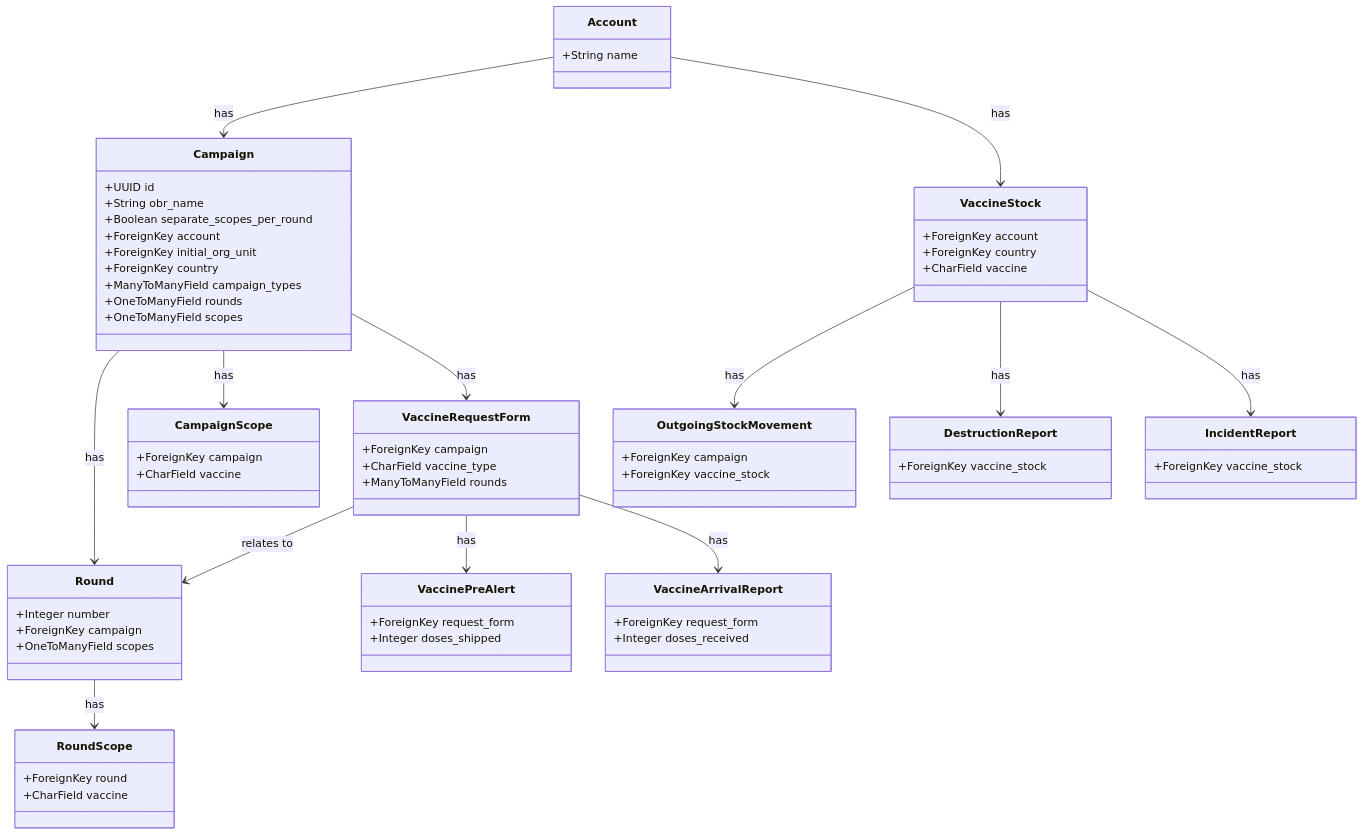
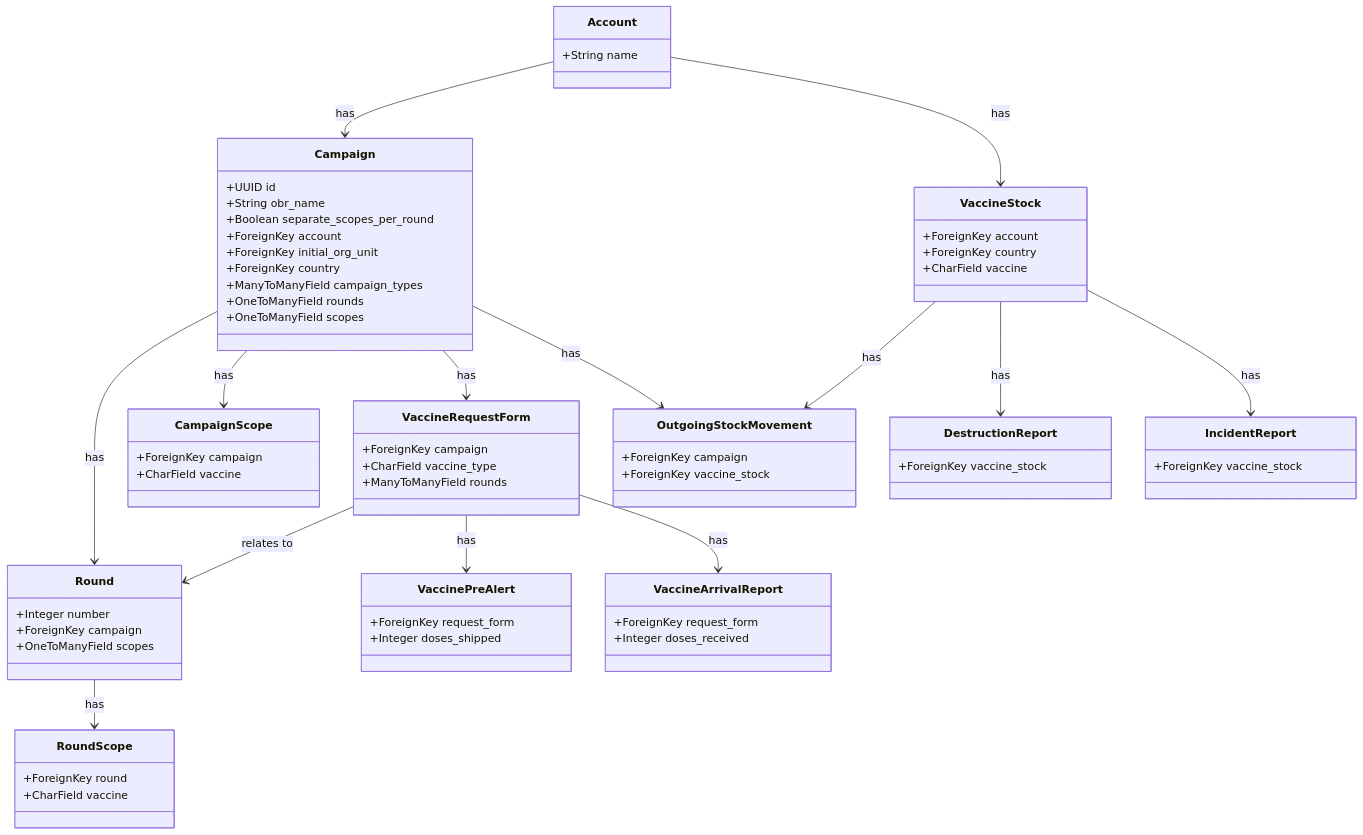
One commit to BLSQ/iaso changed the diagram in docs/pages/dev/reference/campaigns/vaccine_management.md. Above: the diagram before and after it, drawn with Mermaid.

Commit message:
IA-3431 Initial diagram

````diff
--- a/docs/pages/dev/reference/campaigns/vaccine_management.md
+++ b/docs/pages/dev/reference/campaigns/vaccine_management.md
@@ -5,81 +5,82 @@
 ```mermaid
 classDiagram
     class Account {
         +String name
     }
     class Campaign {
         +UUID id
         +String obr_name
         +Boolean separate_scopes_per_round
         +ForeignKey account
         +ForeignKey initial_org_unit
         +ForeignKey country
         +ManyToManyField campaign_types
         +OneToManyField rounds
         +OneToManyField scopes
     }
 
     class Round {
         +Integer number
         +ForeignKey campaign
         +OneToManyField scopes
     }
 
     class RoundScope {
         +ForeignKey round
         +CharField vaccine
     }
 
     class CampaignScope {
         +ForeignKey campaign
         +CharField vaccine
     }
 
     class VaccineRequestForm {
         +ForeignKey campaign
         +CharField vaccine_type
         +ManyToManyField rounds
     }
 
     class VaccinePreAlert {
         +ForeignKey request_form
         +Integer doses_shipped
     }
 
     class VaccineArrivalReport {
         +ForeignKey request_form
         +Integer doses_received
     }
 
     class VaccineStock {
         +ForeignKey account
         +ForeignKey country
         +CharField vaccine
     }
 
     class OutgoingStockMovement {
         +ForeignKey campaign
         +ForeignKey vaccine_stock
     }
 
     class DestructionReport {
         +ForeignKey vaccine_stock
     }
 
     class IncidentReport {
         +ForeignKey vaccine_stock
     }
 
     Campaign --> Round : has
     Account --> Campaign : has
     Account --> VaccineStock : has
     Round --> RoundScope : has
     Campaign --> CampaignScope : has
     Campaign --> VaccineRequestForm : has
+    Campaign --> OutgoingStockMovement : has
     VaccineRequestForm --> Round : relates to
     VaccineRequestForm --> VaccinePreAlert : has
     VaccineRequestForm --> VaccineArrivalReport : has
     VaccineStock --> OutgoingStockMovement : has
     VaccineStock --> DestructionReport : has
     VaccineStock --> IncidentReport : has
 ```
````
